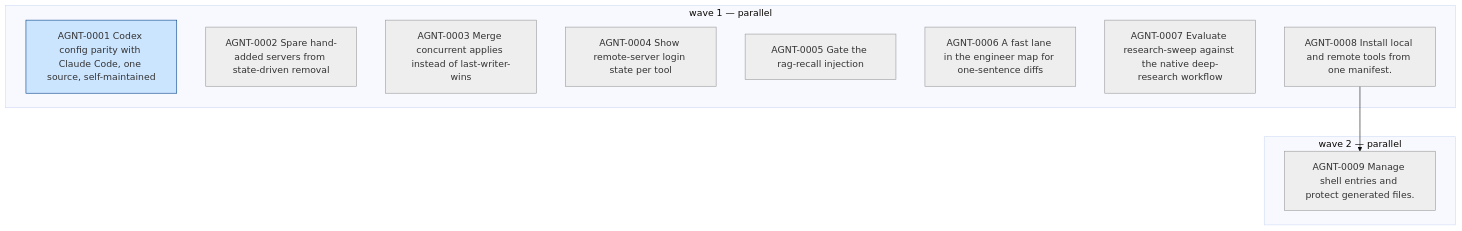
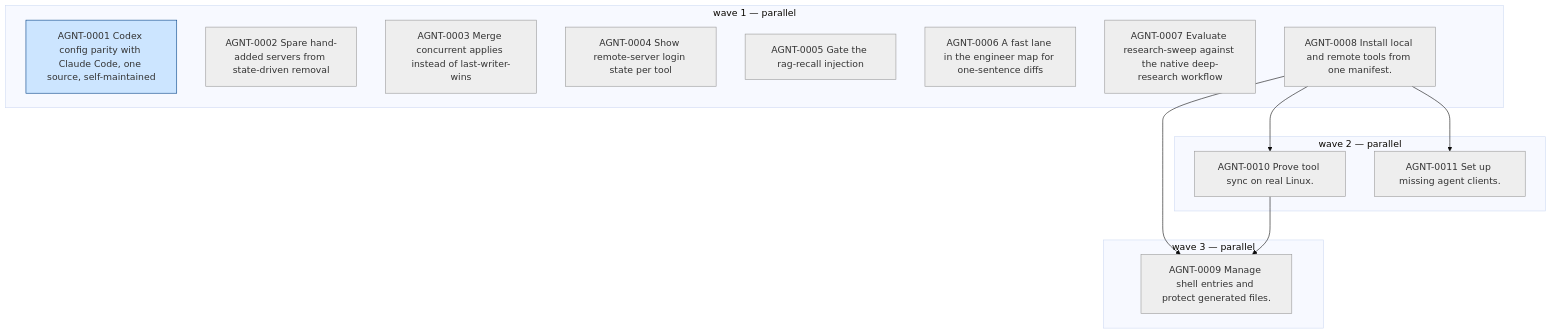
The diagram in .map/roadmap.mmd (OwaisQuadri/agents), drawn with Mermaid (base theme) before and after one commit. The commit also changed 1 other file, not shown here.

Commit message:
map(AGNT-0008): phase 22 tickets

```diff
--- a/.map/roadmap.mmd
+++ b/.map/roadmap.mmd
@@ -1,20 +1,27 @@
 flowchart TD
   classDef todo fill:#eeeeee,stroke:#999999
   classDef inprogress fill:#fff3cd,stroke:#b8860b
   classDef resolved fill:#cce5ff,stroke:#004085
   classDef done fill:#d4edda,stroke:#155724
   classDef cancelled fill:#f8d7da,stroke:#721c24,stroke-dasharray: 5 5
   subgraph wave1 ["wave 1 — parallel"]
     AGNT_0001["AGNT-0001 Codex config parity with Claude Code, one source, self-maintained"]:::resolved
     AGNT_0002["AGNT-0002 Spare hand-added servers from state-driven removal"]:::todo
     AGNT_0003["AGNT-0003 Merge concurrent applies instead of last-writer-wins"]:::todo
     AGNT_0004["AGNT-0004 Show remote-server login state per tool"]:::todo
     AGNT_0005["AGNT-0005 Gate the rag-recall injection"]:::todo
     AGNT_0006["AGNT-0006 A fast lane in the engineer map for one-sentence diffs"]:::todo
     AGNT_0007["AGNT-0007 Evaluate research-sweep against the native deep-research workflow"]:::todo
     AGNT_0008["AGNT-0008 Install local and remote tools from one manifest."]:::todo
   end
   subgraph wave2 ["wave 2 — parallel"]
+    AGNT_0010["AGNT-0010 Prove tool sync on real Linux."]:::todo
+    AGNT_0011["AGNT-0011 Set up missing agent clients."]:::todo
+  end
+  subgraph wave3 ["wave 3 — parallel"]
     AGNT_0009["AGNT-0009 Manage shell entries and protect generated files."]:::todo
   end
   AGNT_0008 --> AGNT_0009
+  AGNT_0010 --> AGNT_0009
+  AGNT_0008 --> AGNT_0010
+  AGNT_0008 --> AGNT_0011
```
